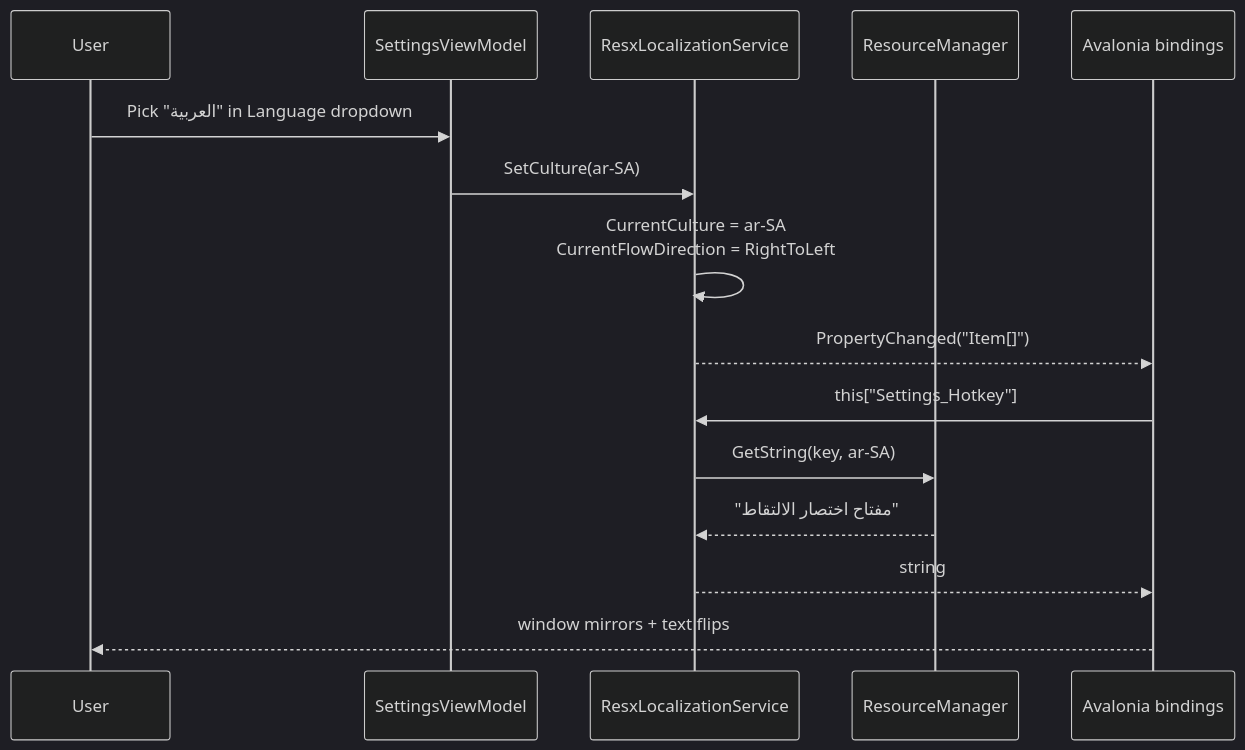
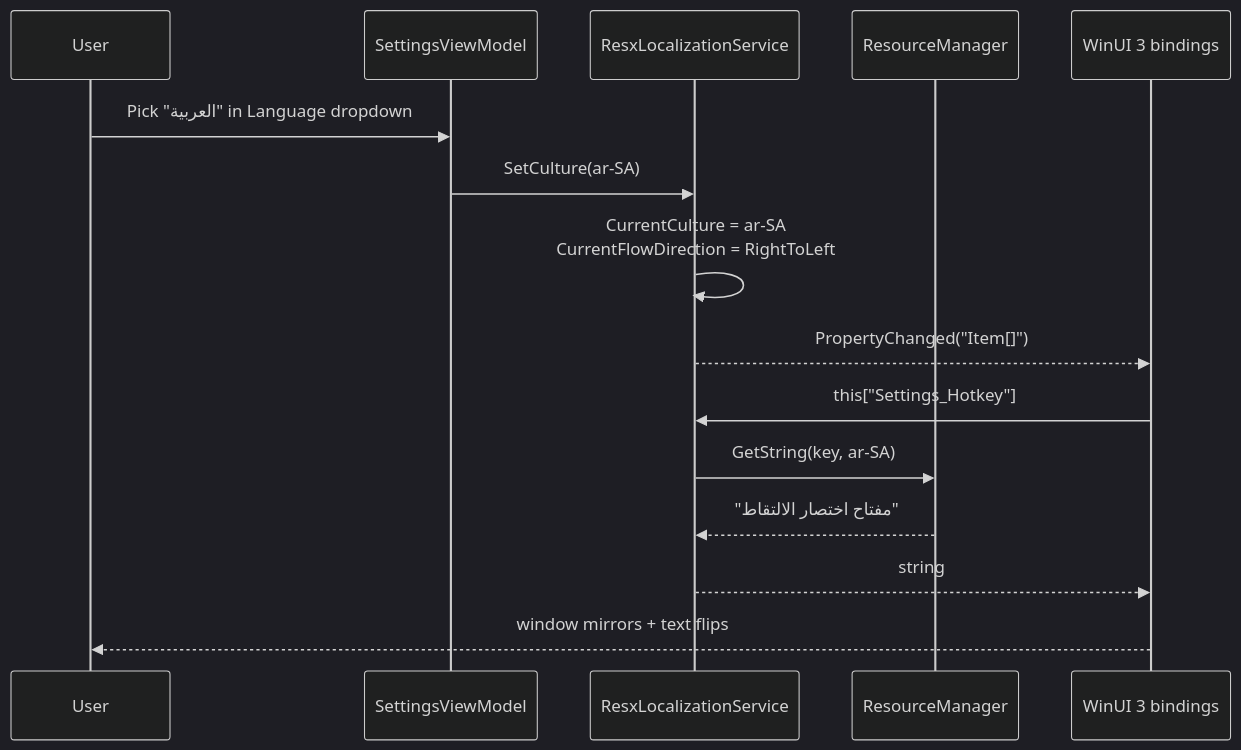
The fifth of 6 diagrams in docs/ARCHITECTURE.md (poli0981/captureimg), drawn with Mermaid (dark theme) before and after one commit. The commit also changed other lines of this file and 8 other files, not shown here.

````diff
--- a/docs/ARCHITECTURE.md
+++ b/docs/ARCHITECTURE.md
@@ -242,18 +247,18 @@
 ```mermaid
 sequenceDiagram
   participant User
   participant Settings as SettingsViewModel
   participant Loc as ResxLocalizationService
   participant RM as ResourceManager
-  participant XAML as Avalonia bindings
+  participant XAML as WinUI 3 bindings
 
   User->>Settings: Pick "العربية" in Language dropdown
   Settings->>Loc: SetCulture(ar-SA)
   Loc->>Loc: CurrentCulture = ar-SA<br/>CurrentFlowDirection = RightToLeft
   Loc-->>XAML: PropertyChanged("Item[]")
   XAML->>Loc: this["Settings_Hotkey"]
   Loc->>RM: GetString(key, ar-SA)
   RM-->>Loc: "مفتاح اختصار الالتقاط"
   Loc-->>XAML: string
   XAML-->>User: window mirrors + text flips
 ```
````
